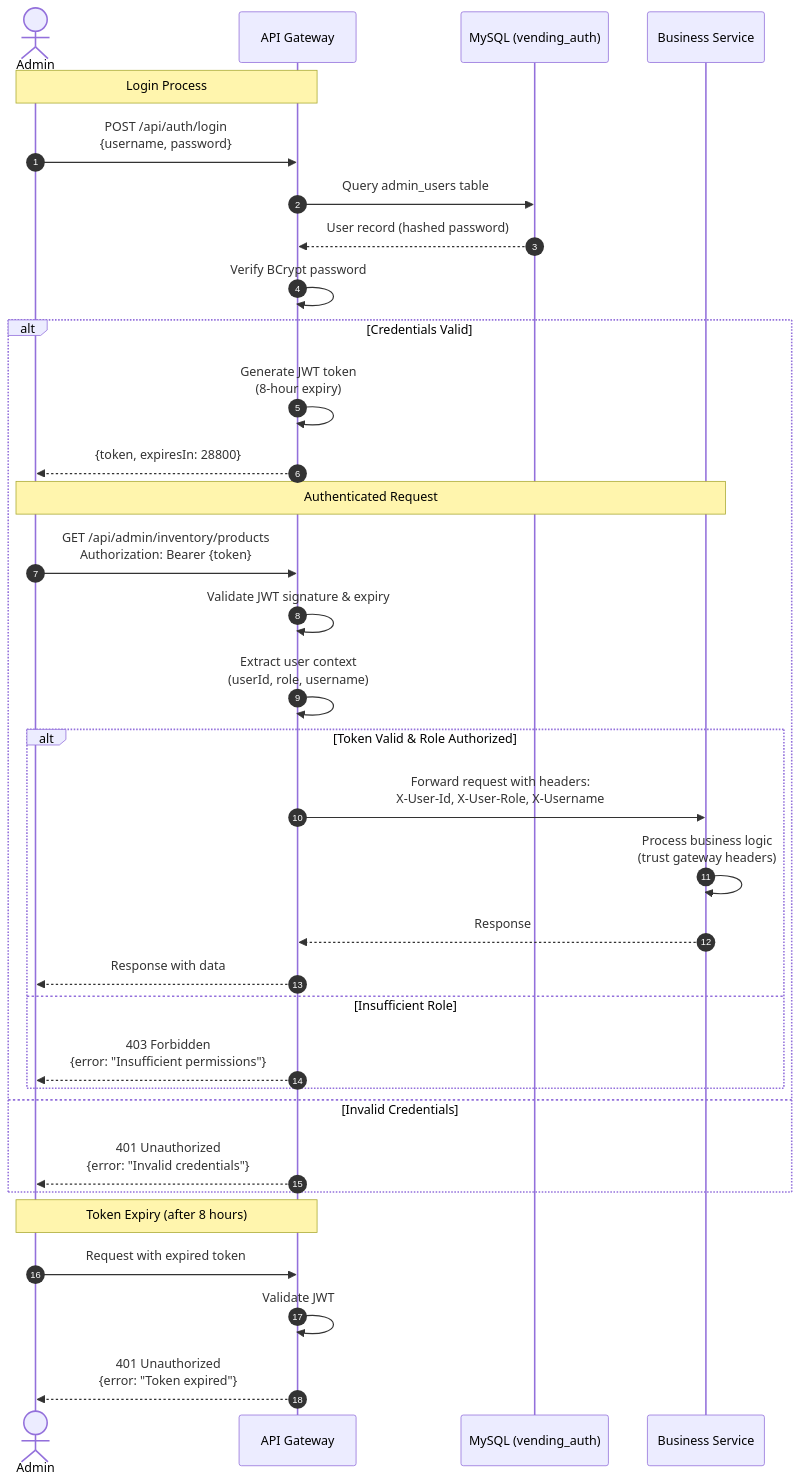
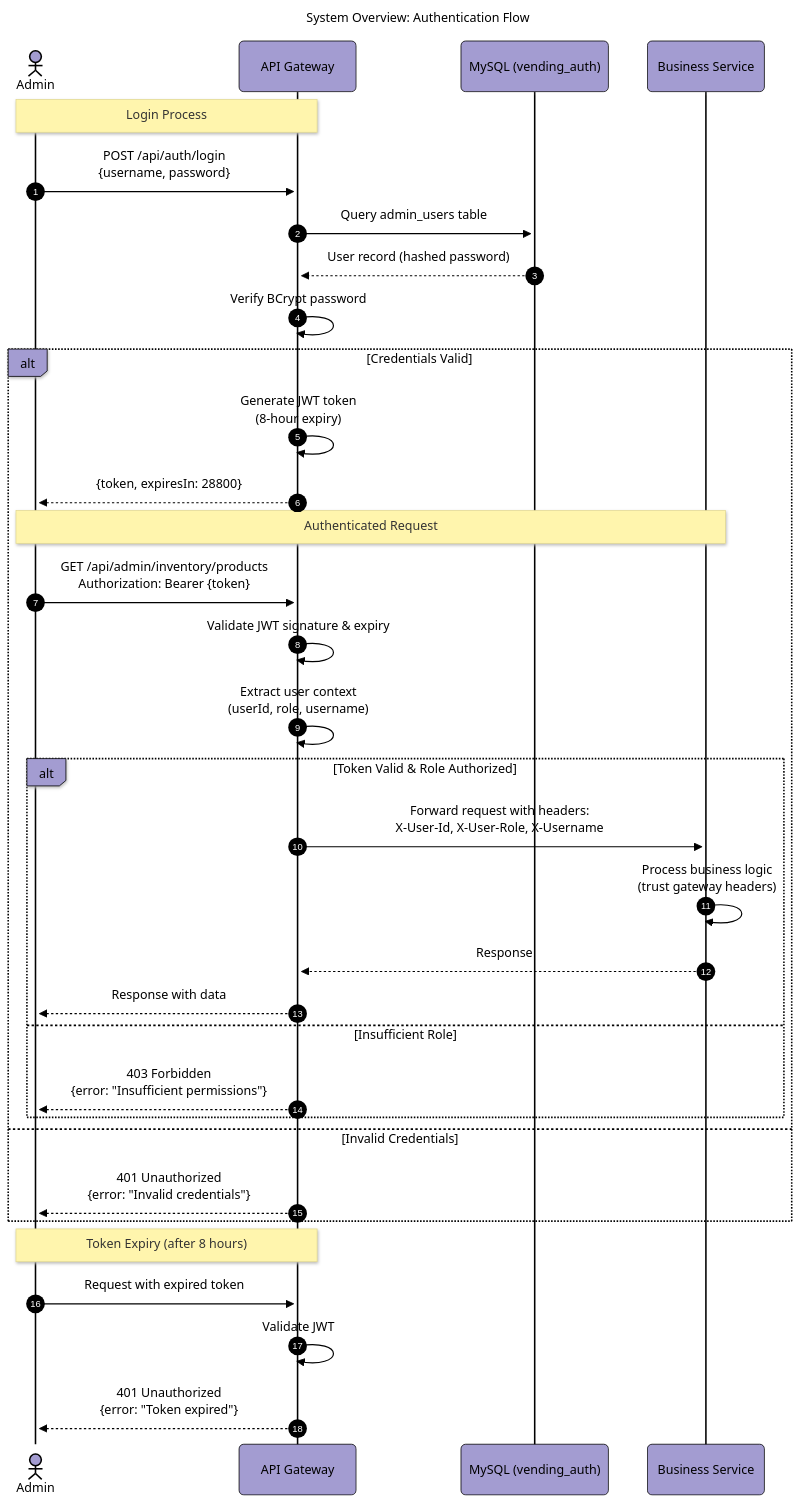
The sixth of 8 diagrams in Documentation/diagrams/system-overview.md (BrunoGil-AS/Vending-Machine-Microservices), drawn with Mermaid before and after one commit. The commit also changed other lines of this file and 7 other files, not shown here.

Commit message:
docs: Update service diagrams with new configurations and titles

````diff
--- a/Documentation/diagrams/system-overview.md
+++ b/Documentation/diagrams/system-overview.md
@@ -451,41 +521,55 @@
 ```mermaid
+---
+config:
+  theme: base
+  themeVariables:
+    primaryColor: '#a39cd1ff'
+    primaryTextColor: '#000000'
+    secondaryTextColor: '#ffffffff'
+    primaryBorderColor: '#000000'
+    lineColor: '#000000ff'
+    secondaryColor: '#90b590ff'
+    tertiaryColor: '#f9f6a1ff'
+  look: neo
+title: 'System Overview: Authentication Flow'
+---
 sequenceDiagram
     autonumber
     actor Admin
     participant Gateway as API Gateway
     participant DB as MySQL (vending_auth)
     participant Service as Business Service
 
     Note over Admin,Gateway: Login Process
     Admin->>Gateway: POST /api/auth/login<br/>{username, password}
     Gateway->>DB: Query admin_users table
     DB-->>Gateway: User record (hashed password)
     Gateway->>Gateway: Verify BCrypt password
 
     alt Credentials Valid
         Gateway->>Gateway: Generate JWT token<br/>(8-hour expiry)
         Gateway-->>Admin: {token, expiresIn: 28800}
 
         Note over Admin,Service: Authenticated Request
         Admin->>Gateway: GET /api/admin/inventory/products<br/>Authorization: Bearer {token}
         Gateway->>Gateway: Validate JWT signature & expiry
         Gateway->>Gateway: Extract user context<br/>(userId, role, username)
 
         alt Token Valid & Role Authorized
             Gateway->>Service: Forward request with headers:<br/>X-User-Id, X-User-Role, X-Username
             Service->>Service: Process business logic<br/>(trust gateway headers)
             Service-->>Gateway: Response
             Gateway-->>Admin: Response with data
         else Insufficient Role
             Gateway-->>Admin: 403 Forbidden<br/>{error: "Insufficient permissions"}
         end
 
     else Invalid Credentials
         Gateway-->>Admin: 401 Unauthorized<br/>{error: "Invalid credentials"}
     end
 
     Note over Admin,Gateway: Token Expiry (after 8 hours)
     Admin->>Gateway: Request with expired token
     Gateway->>Gateway: Validate JWT
     Gateway-->>Admin: 401 Unauthorized<br/>{error: "Token expired"}
 ```
````
